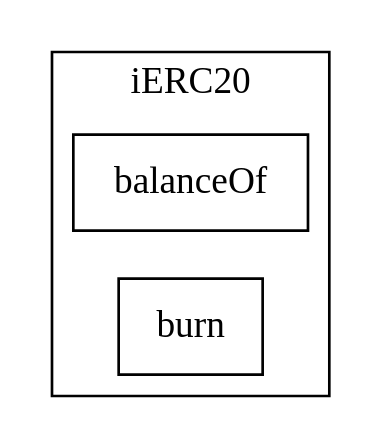
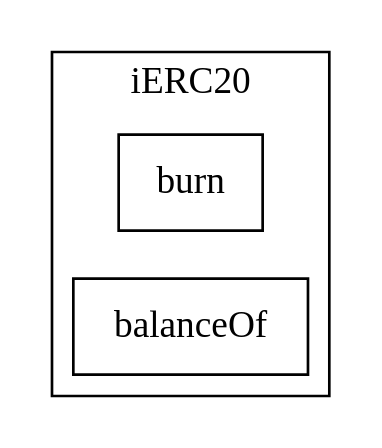
Before and after one commit to eliQAQ/IntelliBridge-Auditor: the diagram in static_analysis/THORChain20210723/THORChain_Router.sol.iERC20.call-graph.dot, drawn with Graphviz. The commit also changed other lines of this file and 28 other files, not shown here.

```diff
--- a/static_analysis/THORChain20210723/THORChain_Router.sol.iERC20.call-graph.dot
+++ b/static_analysis/THORChain20210723/THORChain_Router.sol.iERC20.call-graph.dot
@@ -1,11 +1,11 @@
 strict digraph {
 rankdir="LR"
 node [shape=box]
 subgraph cluster_14_iERC20 {
 label = "iERC20"
+"14_burn" [label="burn"]
 "14_balanceOf" [label="balanceOf"]
-"14_burn" [label="burn"]
 }subgraph cluster_solidity {
 label = "[Solidity]"
 }
 }
```
